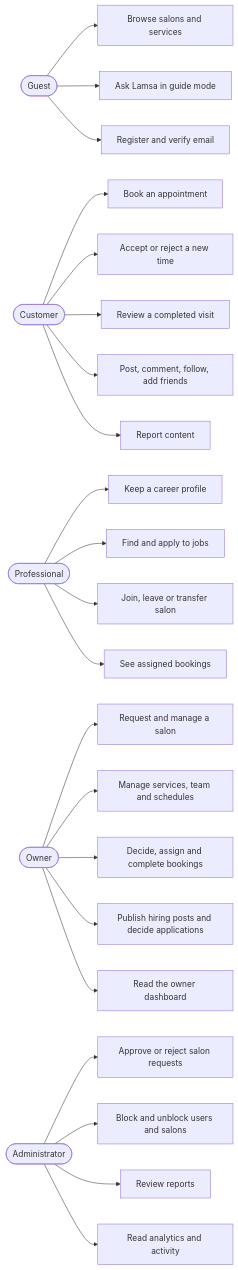
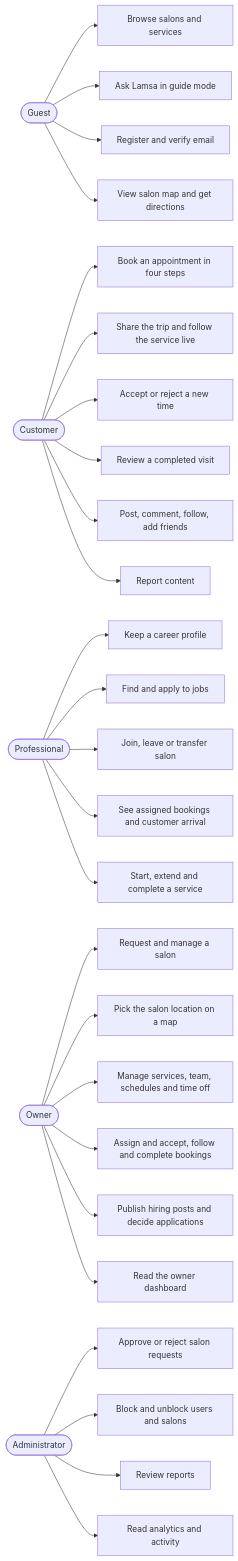
Before and after one commit to ghalebshhab/Salon-hub-backend: the ninth of 22 diagrams in documentation/Salon-Hup-Project-Documentation.md, drawn with Mermaid. The commit also changed other lines of this file and 1 other file, not shown here.

````diff
--- a/documentation/Salon-Hup-Project-Documentation.md
+++ b/documentation/Salon-Hup-Project-Documentation.md
@@ -508,28 +772,32 @@
 ```mermaid
 flowchart LR
     guest(["Guest"]) --> u1["Browse salons and services"]
     guest --> u2["Ask Lamsa in guide mode"]
     guest --> u3["Register and verify email"]
+    guest --> u4["View salon map and get directions"]
 
-    cust(["Customer"]) --> c1["Book an appointment"]
+    cust(["Customer"]) --> c1["Book an appointment in four steps"]
+    cust --> c6["Share the trip and follow the service live"]
     cust --> c2["Accept or reject a new time"]
     cust --> c3["Review a completed visit"]
     cust --> c4["Post, comment, follow, add friends"]
     cust --> c5["Report content"]
 
     prof(["Professional"]) --> p1["Keep a career profile"]
     prof --> p2["Find and apply to jobs"]
     prof --> p3["Join, leave or transfer salon"]
-    prof --> p4["See assigned bookings"]
+    prof --> p4["See assigned bookings and customer arrival"]
+    prof --> p5["Start, extend and complete a service"]
 
     own(["Owner"]) --> o1["Request and manage a salon"]
-    own --> o2["Manage services, team and schedules"]
-    own --> o3["Decide, assign and complete bookings"]
+    own --> o6["Pick the salon location on a map"]
+    own --> o2["Manage services, team, schedules and time off"]
+    own --> o3["Assign and accept, follow and complete bookings"]
     own --> o4["Publish hiring posts and decide applications"]
     own --> o5["Read the owner dashboard"]
 
     adm(["Administrator"]) --> a1["Approve or reject salon requests"]
     adm --> a2["Block and unblock users and salons"]
     adm --> a3["Review reports"]
     adm --> a4["Read analytics and activity"]
 ```
````
